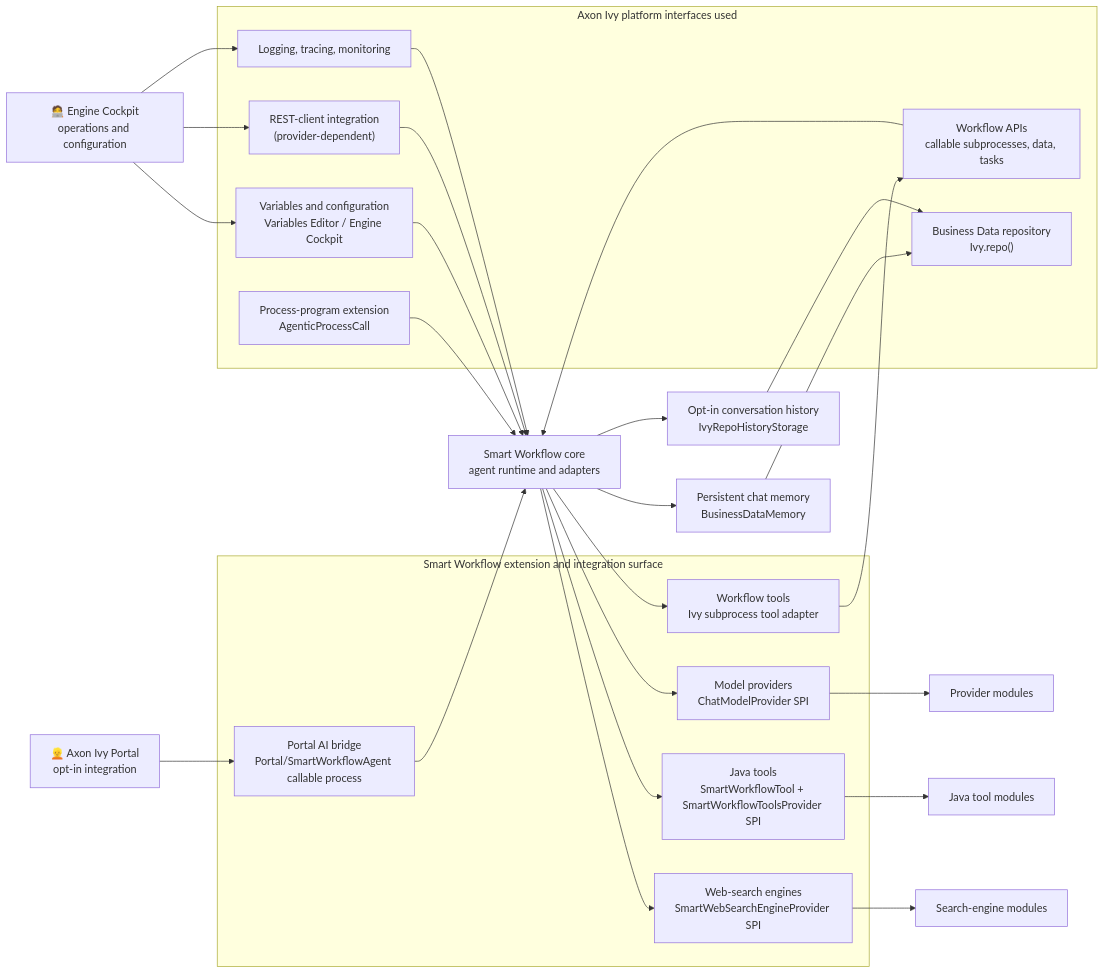
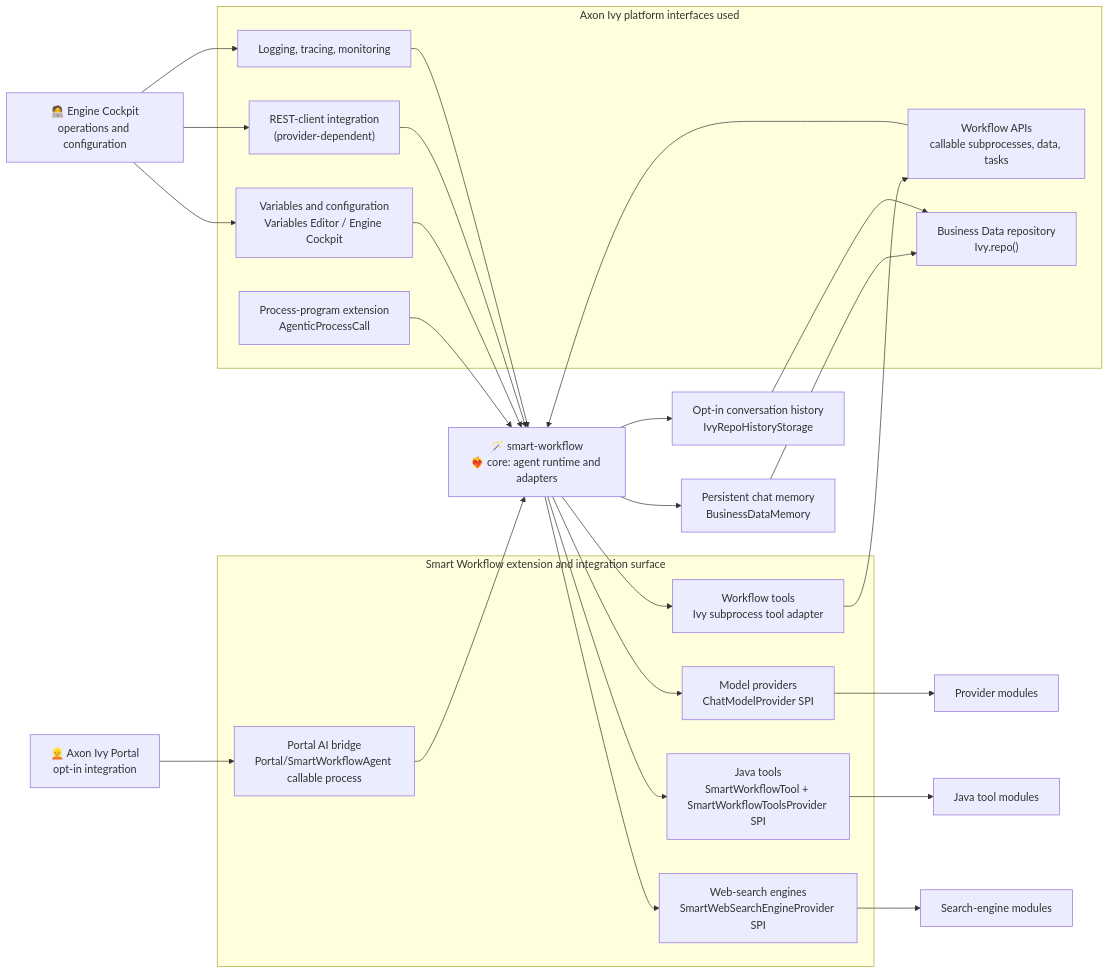
Before and after one commit to axonivy-market/smart-workflow: the second of 5 diagrams in doc/dev/architecture/integration.md, drawn with Mermaid. The commit also changed other lines of this file, not shown here.

Commit message:
link APIs and highlight Smart-Worfklow

````diff
--- a/doc/dev/architecture/integration.md
+++ b/doc/dev/architecture/integration.md
@@ -80,46 +80,46 @@
 ```mermaid
 flowchart LR
   subgraph Platform["Axon Ivy platform interfaces used"]
     ProcessExt["Process-program extension<br/>AgenticProcessCall"]
     WorkflowApi["Workflow APIs<br/>callable subprocesses, data, tasks"]
     ConfigApi["Variables and configuration<br/>Variables Editor / Engine Cockpit"]
     BusinessDataApi["Business Data repository<br/>Ivy.repo()"]
     RestApi["REST-client integration<br/>(provider-dependent)"]
     OpsApi["Logging, tracing, monitoring"]
   end
 
-  Core["Smart Workflow core<br/>agent runtime and adapters"]
+  Core["🪄 smart-workflow<br/>❤️‍🔥️ core: agent runtime and adapters"]
   ChatMemory["Persistent chat memory<br/>BusinessDataMemory"]
   HistoryStorage["Opt-in conversation history<br/>IvyRepoHistoryStorage"]
 
   subgraph Extensions["Smart Workflow extension and integration surface"]
     ModelSpi["Model providers<br/>ChatModelProvider SPI"]
     ProcessTools["Workflow tools<br/>Ivy subprocess tool adapter"]
     JavaTools["Java tools<br/>SmartWorkflowTool + SmartWorkflowToolsProvider SPI"]
     SearchSpi["Web-search engines<br/>SmartWebSearchEngineProvider SPI"]
     PortalBridge["Portal AI bridge<br/>Portal/SmartWorkflowAgent callable process"]
   end
 
   ProviderModules["Provider modules"]
   ToolModules["Java tool modules"]
   SearchModules["Search-engine modules"]
 
   Portal["👱️ Axon Ivy Portal<br/>opt-in integration"]
   EngineCockpit["🧑‍💻️ Engine Cockpit<br/>operations and configuration"]
 
   ProcessExt --> Core
   WorkflowApi --> Core
   ConfigApi --> Core
   Core --> ChatMemory --> BusinessDataApi
   Core --> HistoryStorage --> BusinessDataApi
   RestApi --> Core
   OpsApi --> Core
   Core --> ModelSpi --> ProviderModules
   Core --> ProcessTools --> WorkflowApi
   Core --> JavaTools --> ToolModules
   Core --> SearchSpi --> SearchModules
   Portal --> PortalBridge --> Core
   EngineCockpit --> OpsApi
   EngineCockpit --> RestApi
   EngineCockpit --> ConfigApi
 ```
````
